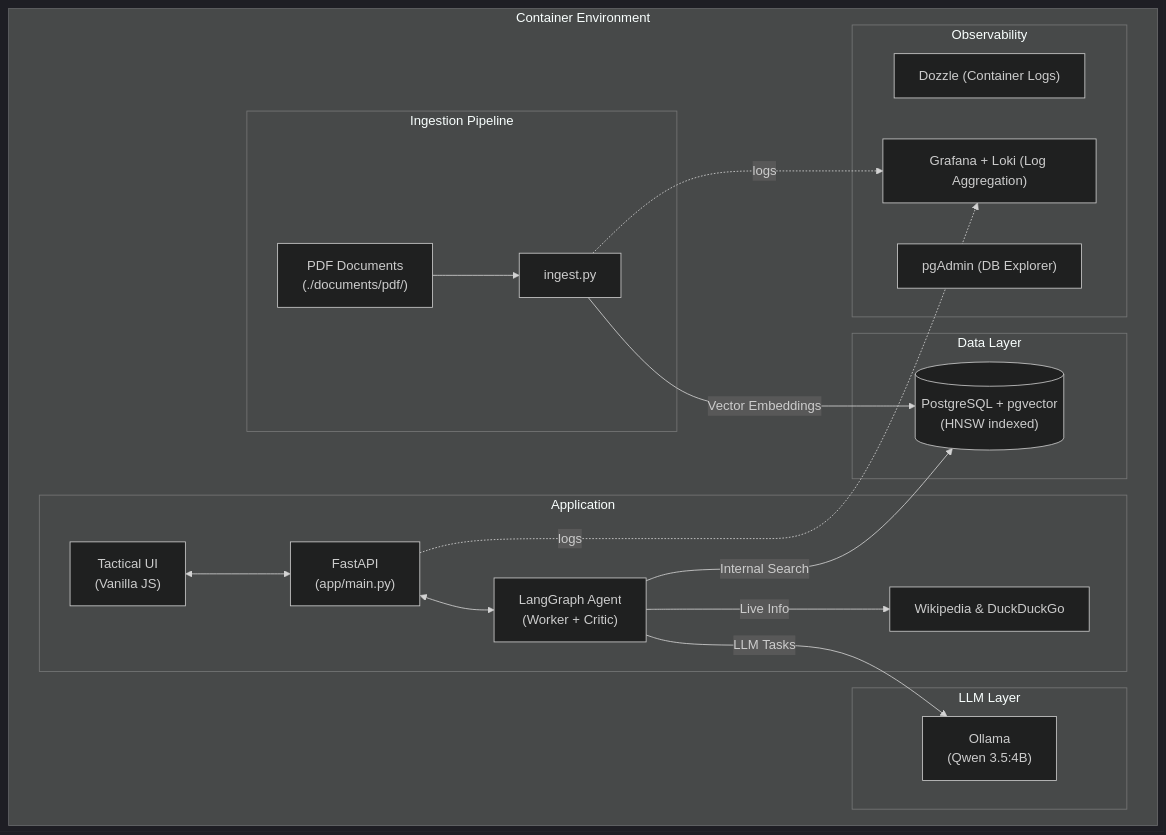
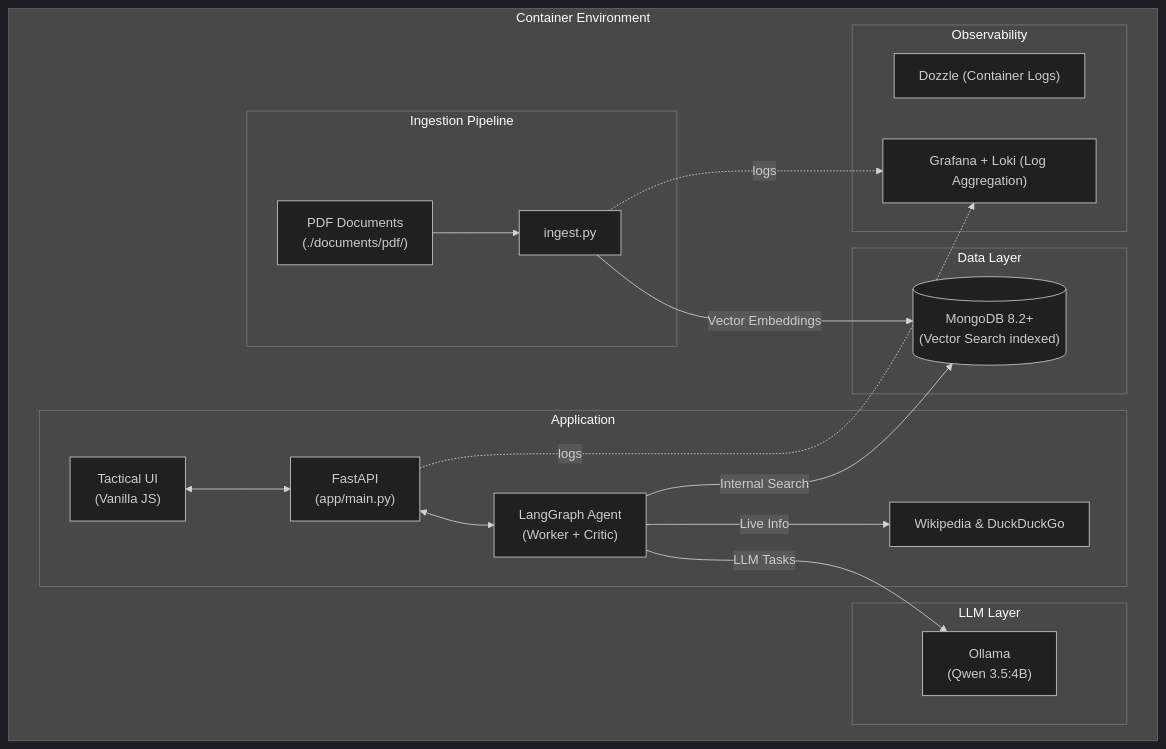
The diagram in README.md (fbaierl/geo-vision-lab), drawn with Mermaid before and after one commit. The commit also changed other lines of this file and 21 other files, not shown here.

````diff
--- a/README.md
+++ b/README.md
@@ -41,35 +44,34 @@
 ```mermaid
 %%{init: {'theme': 'dark'}}%%
 graph TD
     subgraph Docker ["Container Environment"]
         subgraph Data ["Data Layer"]
-            PG[("PostgreSQL + pgvector\n(HNSW indexed)")]
+            MDB[("MongoDB 8.2+\n(Vector Search indexed)")]
         end
 
         subgraph LLM ["LLM Layer"]
             OL["Ollama\n(Qwen 3.5:4B)"]
         end
 
         subgraph Ingestion ["Ingestion Pipeline"]
             PDF["PDF Documents\n(./documents/pdf/)"] --> ING["ingest.py"]
-            ING -->|"Vector Embeddings"| PG
+            ING -->|"Vector Embeddings"| MDB
         end
 
         subgraph App ["Application"]
             UI["Tactical UI\n(Vanilla JS)"] <--> API["FastAPI\n(app/main.py)"]
             API <--> AGENT["LangGraph Agent\n(Worker + Critic)"]
-            AGENT -->|"Internal Search"| PG
+            AGENT -->|"Internal Search"| MDB
             AGENT -->|"LLM Tasks"| OL
             AGENT -->|"Live Info"| WEB["Wikipedia & DuckDuckGo"]
         end
 
         subgraph Ops ["Observability"]
             DZ["Dozzle (Container Logs)"]
             GF["Grafana + Loki (Log Aggregation)"]
-            PA["pgAdmin (DB Explorer)"]
         end
     end
 
     API -.->|"logs"| GF
     ING -.->|"logs"| GF
 ```
````
